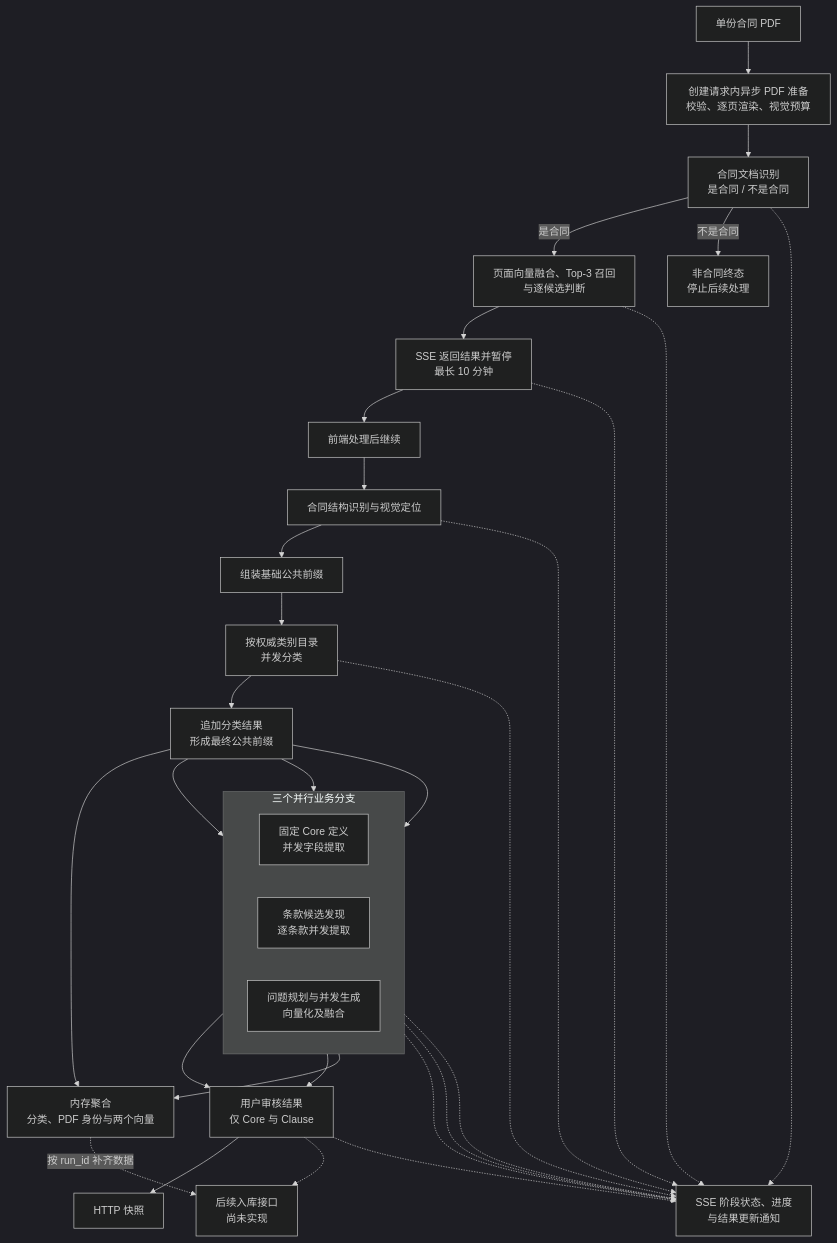
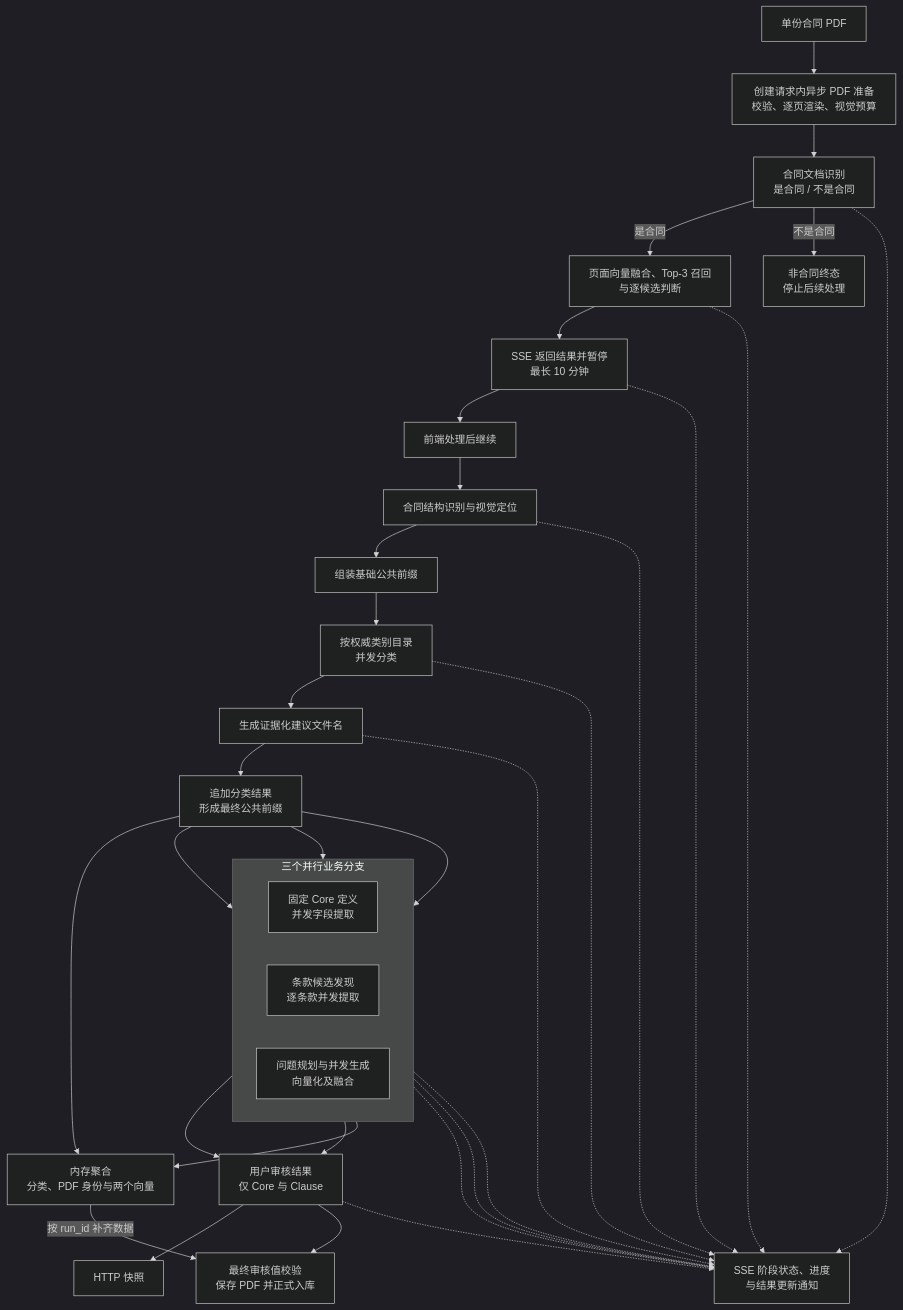
The diagram in description/project.md (caicai-6666/contract-service-be), drawn with Mermaid (dark theme) before and after one commit. The commit also changed other lines of this file and 79 other files, not shown here.

````diff
--- a/description/project.md
+++ b/description/project.md
@@ -112,50 +117,52 @@
 ```mermaid
 flowchart TD
     pdf["单份合同 PDF"]
     preparation["创建请求内异步 PDF 准备<br/>校验、逐页渲染、视觉预算"]
     detection["合同文档识别<br/>是合同 / 不是合同"]
     rejected["非合同终态<br/>停止后续处理"]
     dedup["页面向量融合、Top-3 召回<br/>与逐候选判断"]
     pause["SSE 返回结果并暂停<br/>最长 10 分钟"]
     continue["前端处理后继续"]
     understanding["合同结构识别与视觉定位"]
     base_context["组装基础公共前缀"]
     classification["按权威类别目录<br/>并发分类"]
+    file_name["生成证据化建议文件名"]
     prefill_context["追加分类结果<br/>形成最终公共前缀"]
 
     subgraph parallel_branches["三个并行业务分支"]
         direction LR
         core["固定 Core 定义<br/>并发字段提取"]
         clause["条款候选发现<br/>逐条款并发提取"]
         retrieval["问题规划与并发生成<br/>向量化及融合"]
     end
 
     internal_result["内存聚合<br/>分类、PDF 身份与两个向量"]
     review_result["用户审核结果<br/>仅 Core 与 Clause"]
     snapshot["HTTP 快照"]
-    ingestion["后续入库接口<br/>尚未实现"]
+    ingestion["最终审核值校验<br/>保存 PDF 并正式入库"]
     sse["SSE 阶段状态、进度<br/>与结果更新通知"]
 
     pdf --> preparation --> detection
-    detection -->|是合同| dedup --> pause --> continue --> understanding --> base_context --> classification --> prefill_context
+    detection -->|是合同| dedup --> pause --> continue --> understanding --> base_context --> classification --> file_name --> prefill_context
     detection -->|不是合同| rejected
     prefill_context --> core
     prefill_context --> clause
     prefill_context --> retrieval
     core --> review_result
     clause --> review_result
     retrieval --> internal_result
     prefill_context --> internal_result
     review_result --> snapshot
-    review_result -.-> ingestion
-    internal_result -.->|按 run_id 补齐数据| ingestion
+    review_result --> ingestion
+    internal_result -->|按 run_id 补齐数据| ingestion
     understanding -.-> sse
     detection -.-> sse
     dedup -.-> sse
     pause -.-> sse
     classification -.-> sse
+    file_name -.-> sse
     core -.-> sse
     clause -.-> sse
     retrieval -.-> sse
     review_result -.-> sse
 ```
````
